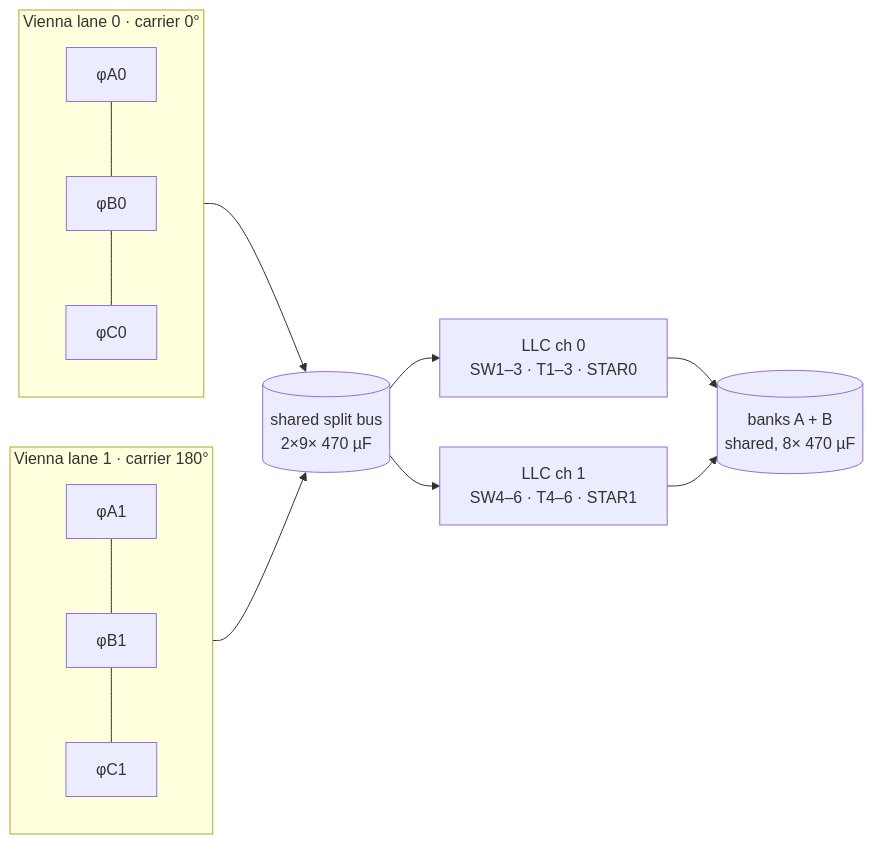
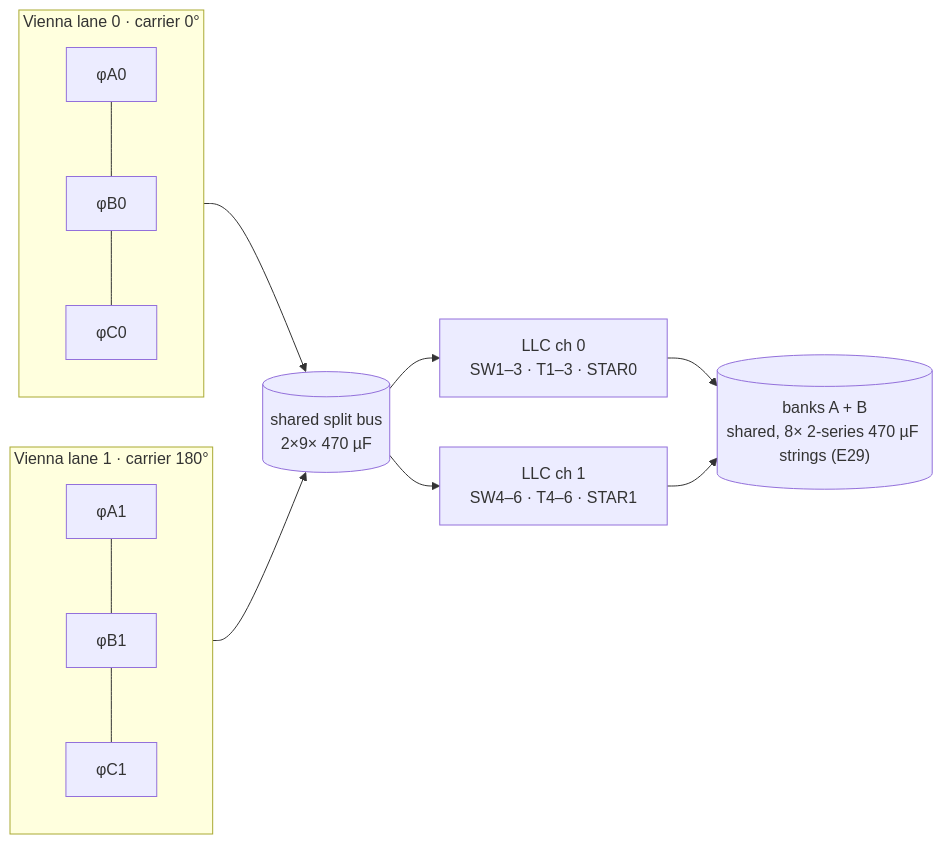
One commit to vectivolt/DC-Modules changed the diagram in boards/60kw/README.md. Above: the diagram before and after it, drawn with Mermaid. The commit also changed other lines of this file and 34 other files, not shown here.

````diff
--- a/boards/60kw/README.md
+++ b/boards/60kw/README.md
@@ -16,15 +16,15 @@
 ```mermaid
 flowchart LR
   subgraph lane0["Vienna lane 0 · carrier 0°"]
     A0["φA0"] --- B0["φB0"] --- C0["φC0"]
   end
   subgraph lane1["Vienna lane 1 · carrier 180°"]
     A1["φA1"] --- B1["φB1"] --- C1["φC1"]
   end
   lane0 --> BUS[("shared split bus<br/>2×9× 470 µF")]
   lane1 --> BUS
   BUS --> CH0["LLC ch 0<br/>SW1–3 · T1–3 · STAR0"]
   BUS --> CH1["LLC ch 1<br/>SW4–6 · T4–6 · STAR1"]
-  CH0 --> BANKS[("banks A + B<br/>shared, 8× 470 µF")]
+  CH0 --> BANKS[("banks A + B<br/>shared, 8× 2-series 470 µF strings (E29)")]
   CH1 --> BANKS
 ```
````
